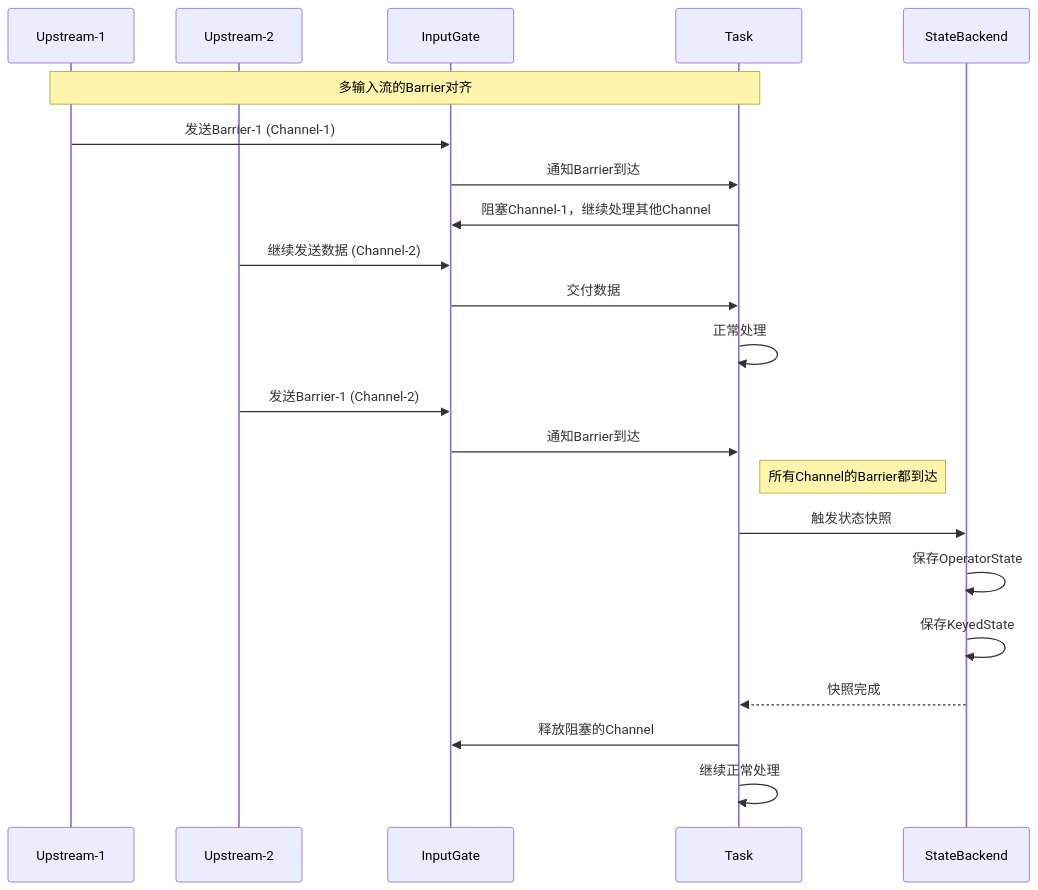
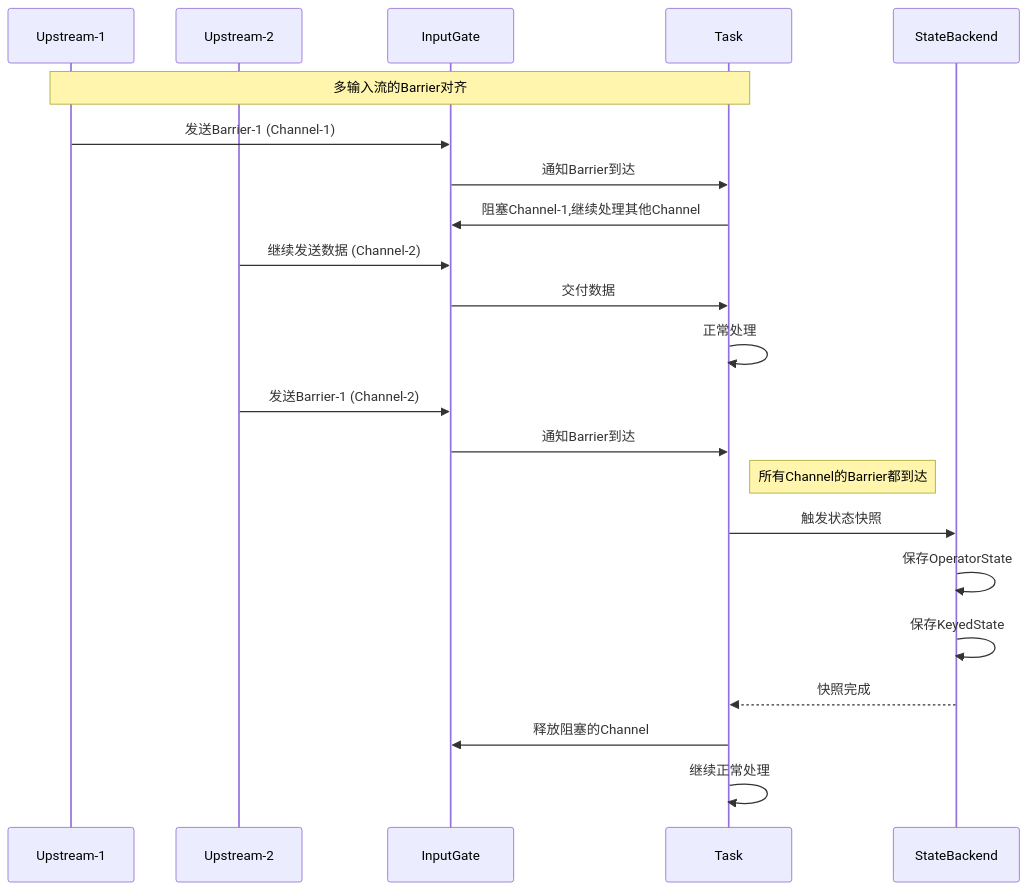
Before and after one commit to AdaMartin18010/AnalysisDataFlow: the ninth of 10 diagrams in Flink/10-internals/taskmanager-source-analysis.md, drawn with Mermaid. The commit also changed other lines of this file and 634 other files, not shown here.

````diff
--- a/Flink/10-internals/taskmanager-source-analysis.md
+++ b/Flink/10-internals/taskmanager-source-analysis.md
@@ -1453,31 +1453,31 @@
 ```mermaid
 sequenceDiagram
     participant U1 as Upstream-1
     participant U2 as Upstream-2
     participant IG as InputGate
     participant T as Task
     participant S as StateBackend
 
     Note over U1,T: 多输入流的Barrier对齐
 
     U1->>IG: 发送Barrier-1 (Channel-1)
     IG->>T: 通知Barrier到达
-    T->>IG: 阻塞Channel-1，继续处理其他Channel
+    T->>IG: 阻塞Channel-1,继续处理其他Channel
 
     U2->>IG: 继续发送数据 (Channel-2)
     IG->>T: 交付数据
     T->>T: 正常处理
 
     U2->>IG: 发送Barrier-1 (Channel-2)
     IG->>T: 通知Barrier到达
 
     Note right of T: 所有Channel的Barrier都到达
 
     T->>S: 触发状态快照
     S->>S: 保存OperatorState
     S->>S: 保存KeyedState
     S-->>T: 快照完成
 
     T->>IG: 释放阻塞的Channel
     T->>T: 继续正常处理
 ```
````
